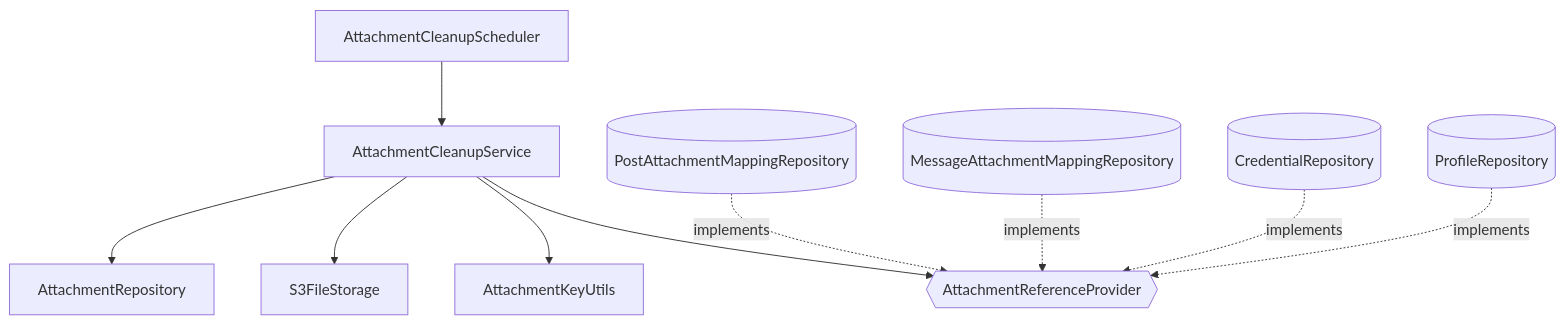
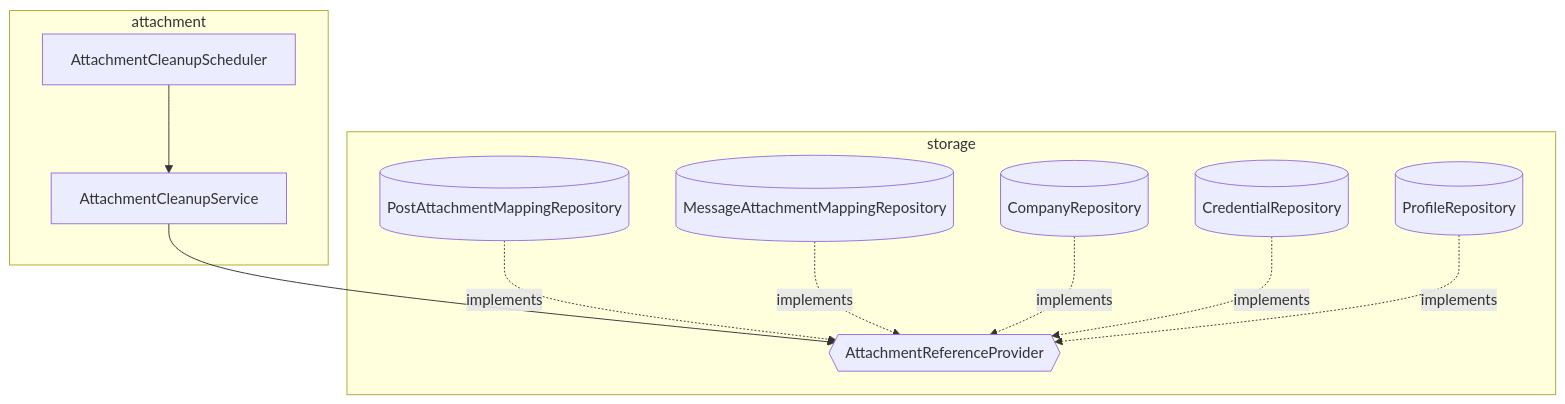
Before and after one commit to mortonCareer/bconnect: the second of 2 diagrams in apps/api/docs/attachment-architecture.md, drawn with Mermaid. The commit also changed other lines of this file and 1 other file, not shown here.

Commit message:
docs(api): attachment 모듈 분리 및 첨부 패턴 반영

````diff
--- a/apps/api/docs/attachment-architecture.md
+++ b/apps/api/docs/attachment-architecture.md
@@ -49,12 +66,22 @@
 ```mermaid
 graph TD
-    Sched[AttachmentCleanupScheduler] --> Clean[AttachmentCleanupService]
-    Clean --> Repo[AttachmentRepository]
-    Clean --> S3[S3FileStorage]
-    Clean --> KeyUtils[AttachmentKeyUtils]
-    Clean --> P{{AttachmentReferenceProvider}}
-    PostR[("PostAttachmentMappingRepository")] -.implements.-> P
-    MsgR[("MessageAttachmentMappingRepository")] -.implements.-> P
-    CredR[("CredentialRepository")] -.implements.-> P
-    ProfR[("ProfileRepository")] -.implements.-> P
+    subgraph attachment
+        Sched[AttachmentCleanupScheduler]
+        Clean[AttachmentCleanupService]
+    end
+    subgraph storage
+        PostR[("PostAttachmentMappingRepository")]
+        MsgR[("MessageAttachmentMappingRepository")]
+        CompR[("CompanyRepository")]
+        CredR[("CredentialRepository")]
+        ProfR[("ProfileRepository")]
+        P{{AttachmentReferenceProvider}}
+    end
+    Sched --> Clean
+    Clean --> P
+    PostR -.implements.-> P
+    MsgR -.implements.-> P
+    CompR -.implements.-> P
+    CredR -.implements.-> P
+    ProfR -.implements.-> P
 ```
````
